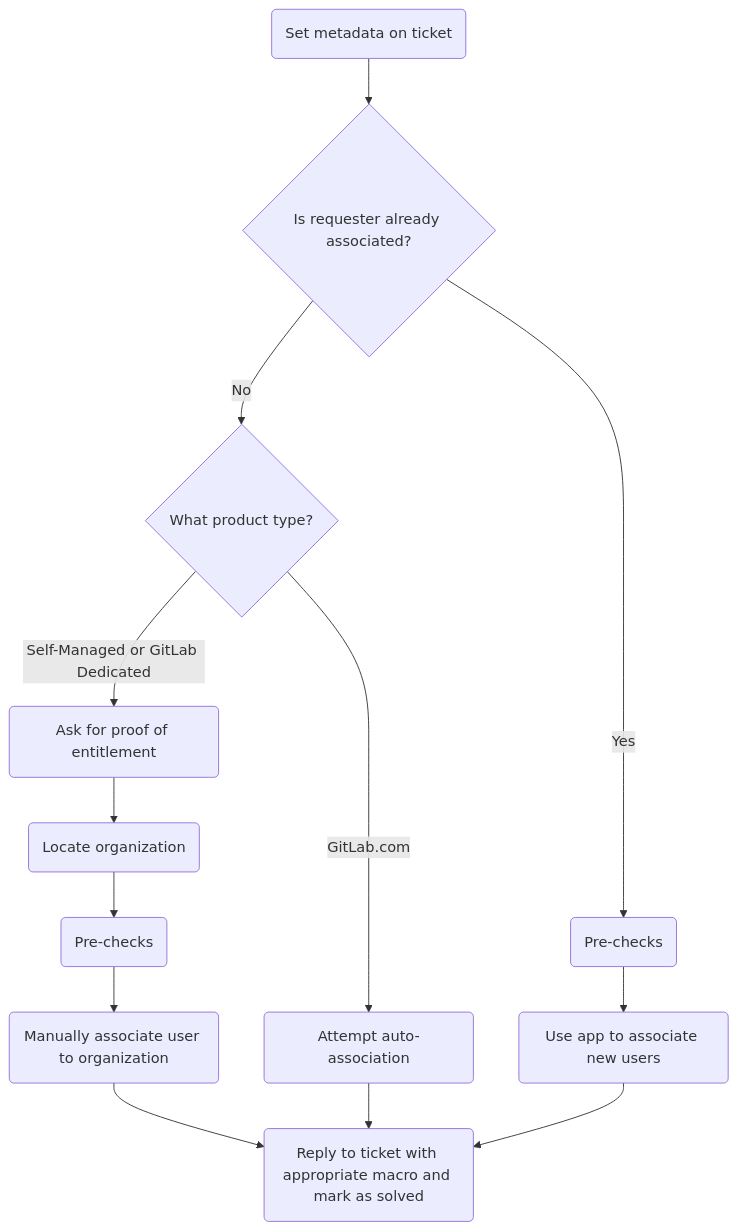
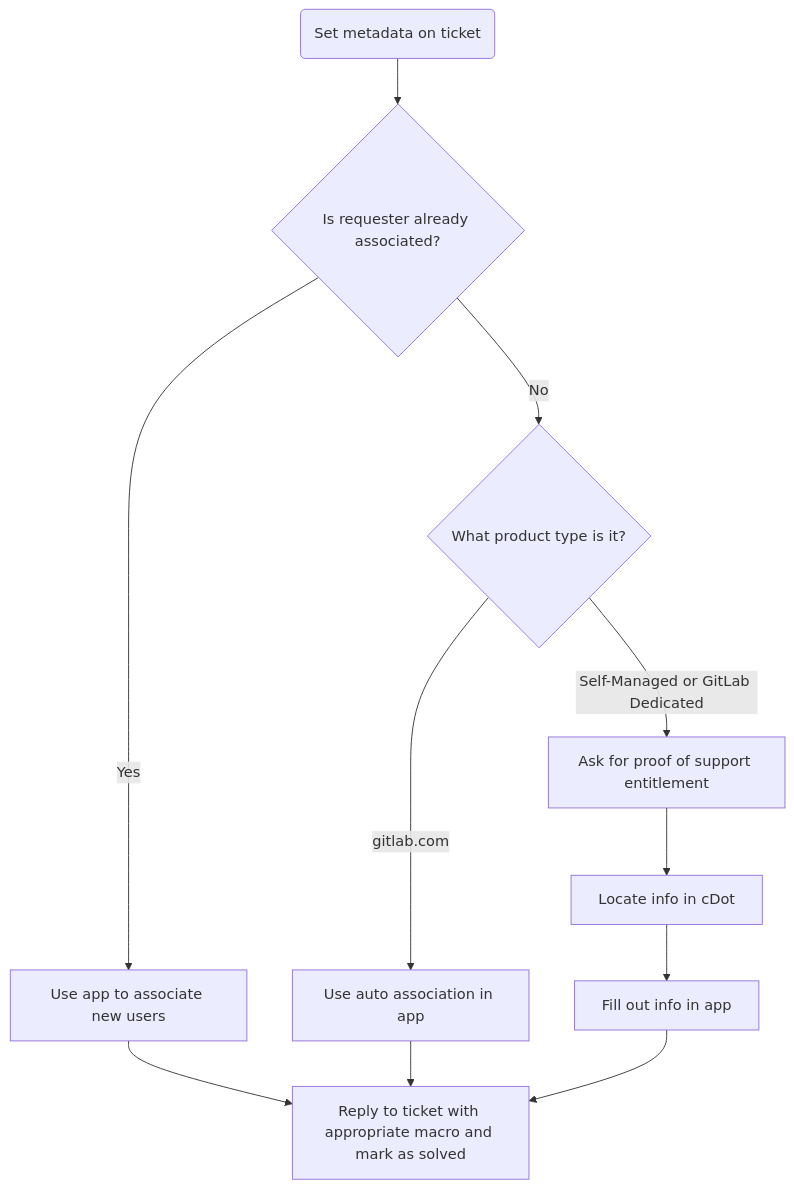
The diagram in content/handbook/eta/css/zendesk/organizations/association.md (kyama0/gitlab-handbook-ja), drawn with Mermaid before and after one commit. The commit also changed other lines of this file and 90 other files, not shown here.

````diff
--- a/content/handbook/eta/css/zendesk/organizations/association.md
+++ b/content/handbook/eta/css/zendesk/organizations/association.md
@@ -32,26 +32,22 @@
 ```mermaid
 graph TD;
   A--> B
   B-->|Yes| C
   B-->|No| D
-  C--> J
-  D-->|GitLab.com| E
+  C--> I
+  D-->|gitlab.com| E
   D-->|Self-Managed or GitLab Dedicated| F
+  E--> I
   F--> G
   G--> H
   H--> I
-  I--> K
-  E--> K
-  J--> K
   A(Set metadata on ticket)
   B{Is requester already associated?}
-  C(Pre-checks)
-  D{What product type?}
-  E(Attempt auto-association)
-  F(Ask for proof of entitlement)
-  G(Locate organization)
-  H(Pre-checks)
-  I(Manually associate user to organization)
-  J(Use app to associate new users)
-  K(Reply to ticket with appropriate macro and mark as solved)
+  C[Use app to associate new users]
+  D{What product type is it?}
+  E[Use auto association in app]
+  F[Ask for proof of support entitlement]
+  G[Locate info in cDot]
+  H[Fill out info in app]
+  I[Reply to ticket with appropriate macro and mark as solved]
 ```
````
